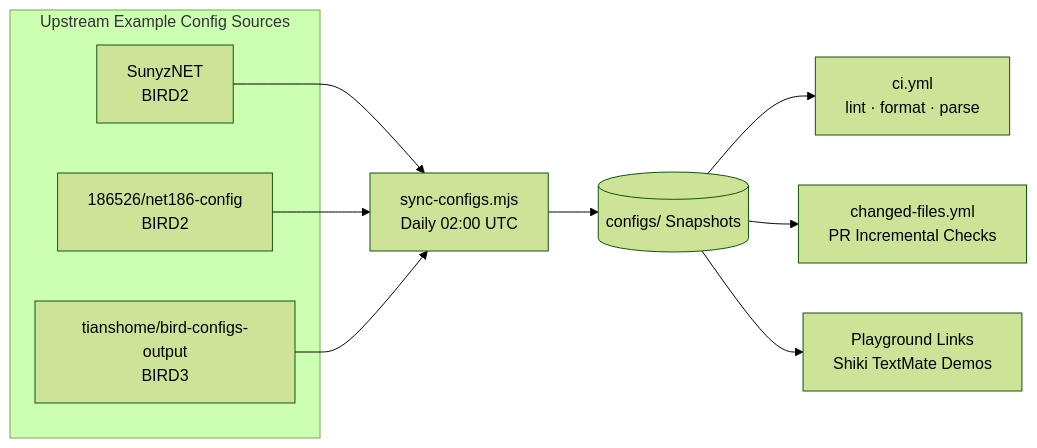
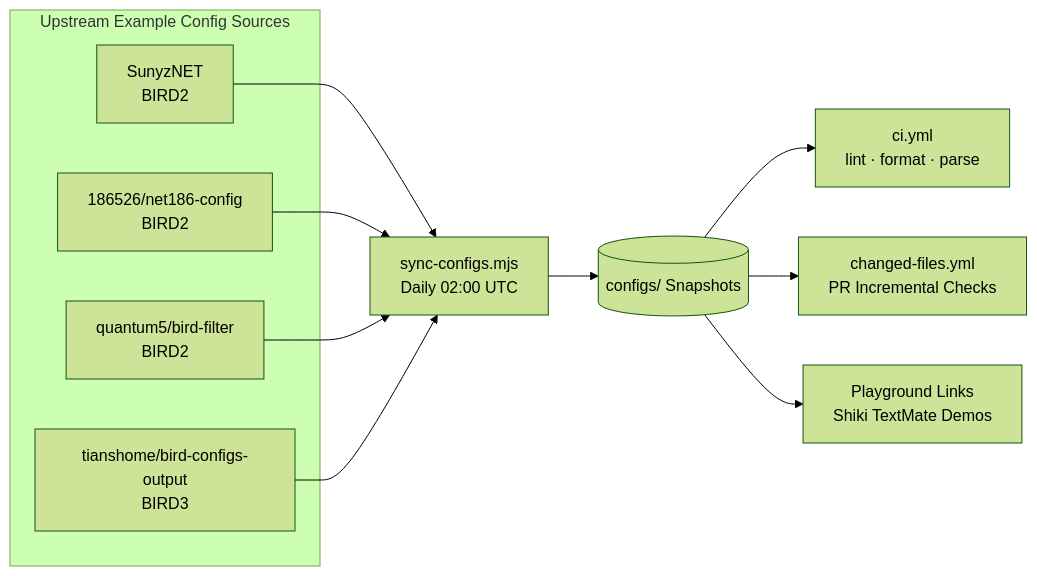
One commit to bird-chinese-community/birdcc-ci-test changed the diagram in README.md. Above: the diagram before and after it, drawn with Mermaid (forest theme). The commit also changed other lines of this file and 10 other files, not shown here.

First line of the commit message:
feat(configs): add quantum5/bird-filter BIRD2 snapshot to CI matrix

````diff
--- a/README.md
+++ b/README.md
@@ -46,22 +47,24 @@
 ```mermaid
 flowchart LR
   subgraph Upstream[Upstream Example Config Sources]
     S1[SunyzNET<br/>BIRD2]
     S2[186526/net186-config<br/>BIRD2]
-    S3[tianshome/bird-configs-output<br/>BIRD3]
+    S3[quantum5/bird-filter<br/>BIRD2]
+    S4[tianshome/bird-configs-output<br/>BIRD3]
   end
 
   Sync[sync-configs.mjs<br/>Daily 02:00 UTC]
   Snapshots[(configs/ Snapshots)]
   CI[ci.yml<br/>lint · format · parse]
   Delta[changed-files.yml<br/>PR Incremental Checks]
   Playground[Playground Links<br/>Shiki TextMate Demos]
 
   S1 --> Sync
   S2 --> Sync
   S3 --> Sync
+  S4 --> Sync
   Sync --> Snapshots
   Snapshots --> CI
   Snapshots --> Delta
   Snapshots --> Playground
 ```
````
